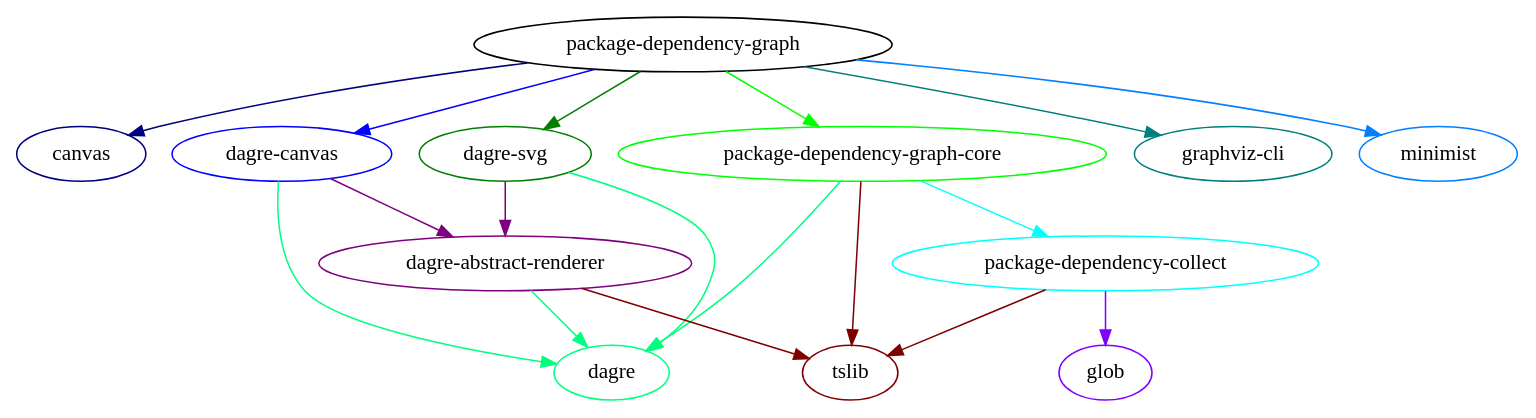
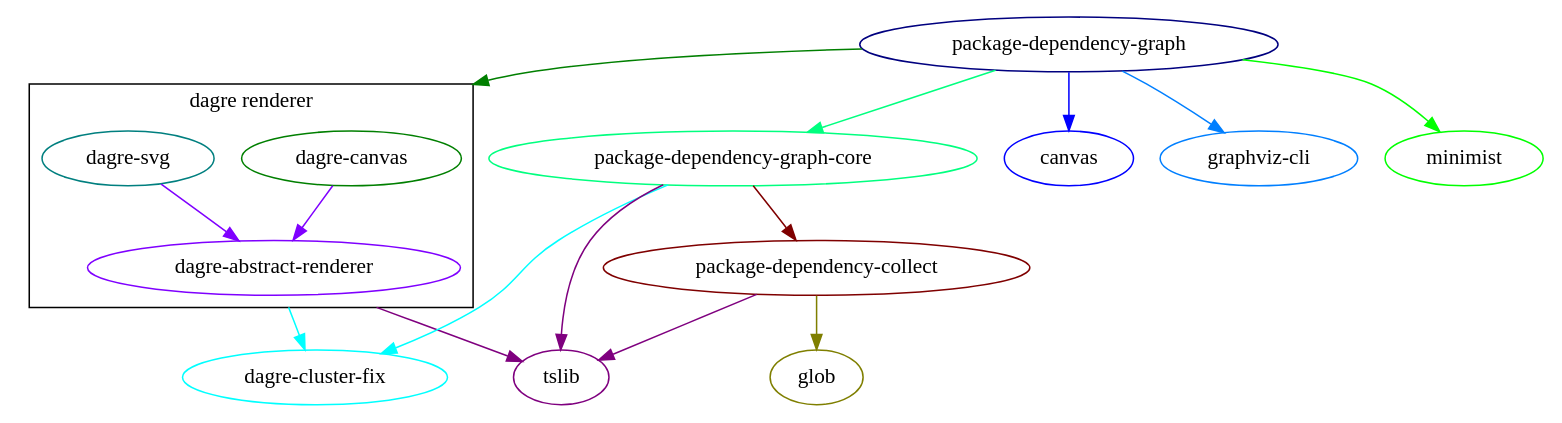
The diagram in spec/result.dot (plantain-00/package-dependency-graph), drawn with Graphviz before and after one commit. The commit also changed 28 other files, not shown here.

```diff
--- a/spec/result.dot
+++ b/spec/result.dot
@@ -1,33 +1,36 @@
 // generated by package-dependency-graph
 digraph {
-  package_dependency_graph -> canvas[color = "#00007f"]
-  package_dependency_graph -> dagre_canvas[color = "#0000ff"]
-  package_dependency_graph -> dagre_svg[color = "#007f00"]
-  package_dependency_graph -> graphviz_cli[color = "#007f7f"]
-  package_dependency_graph -> minimist[color = "#007fff"]
-  package_dependency_graph -> package_dependency_graph_core[color = "#00ff00"]
-  package_dependency_graph_core -> dagre[color = "#00ff7f"]
-  package_dependency_graph_core -> package_dependency_collect[color = "#00ffff"]
-  package_dependency_graph_core -> tslib[color = "#7f0000"]
-  dagre_abstract_renderer -> dagre[color = "#00ff7f"]
-  dagre_abstract_renderer -> tslib[color = "#7f0000"]
-  dagre_canvas -> dagre[color = "#00ff7f"]
-  dagre_canvas -> dagre_abstract_renderer[color = "#7f007f"]
-  dagre_svg -> dagre[color = "#00ff7f"]
-  dagre_svg -> dagre_abstract_renderer[color = "#7f007f"]
-  package_dependency_collect -> glob[color = "#7f00ff"]
-  package_dependency_collect -> tslib[color = "#7f0000"]
+  graph [compound=true];
+  subgraph cluster_dagre_renderer {
+    dagre_abstract_renderer dagre_canvas dagre_svg;
+    label = "dagre renderer";
+    color = "#000000";
+  }
+  package_dependency_graph -> canvas[color = "#0000ff"]
+  package_dependency_graph -> dagre_canvas[color = "#007f00" lhead=cluster_dagre_renderer]
+  package_dependency_graph -> graphviz_cli[color = "#007fff"]
+  package_dependency_graph -> minimist[color = "#00ff00"]
+  package_dependency_graph -> package_dependency_graph_core[color = "#00ff7f"]
+  package_dependency_graph_core -> dagre_cluster_fix[color = "#00ffff"]
+  package_dependency_graph_core -> package_dependency_collect[color = "#7f0000"]
+  package_dependency_graph_core -> tslib[color = "#7f007f"]
+  dagre_abstract_renderer -> dagre_cluster_fix[color = "#00ffff" ltail=cluster_dagre_renderer]
+  dagre_abstract_renderer -> tslib[color = "#7f007f" ltail=cluster_dagre_renderer]
+  dagre_canvas -> dagre_abstract_renderer[color = "#7f00ff"]
+  dagre_svg -> dagre_abstract_renderer[color = "#7f00ff"]
+  package_dependency_collect -> glob[color = "#7f7f00"]
+  package_dependency_collect -> tslib[color = "#7f007f"]
 
-  package_dependency_graph[label = "package-dependency-graph", color = "#000000"]
-  canvas[label = "canvas", color = "#00007f"]
-  dagre_canvas[label = "dagre-canvas", color = "#0000ff"]
-  dagre_svg[label = "dagre-svg", color = "#007f00"]
-  graphviz_cli[label = "graphviz-cli", color = "#007f7f"]
-  minimist[label = "minimist", color = "#007fff"]
-  package_dependency_graph_core[label = "package-dependency-graph-core", color = "#00ff00"]
-  dagre[label = "dagre", color = "#00ff7f"]
-  package_dependency_collect[label = "package-dependency-collect", color = "#00ffff"]
-  tslib[label = "tslib", color = "#7f0000"]
-  dagre_abstract_renderer[label = "dagre-abstract-renderer", color = "#7f007f"]
-  glob[label = "glob", color = "#7f00ff"]
+  package_dependency_graph[label = "package-dependency-graph", color = "#00007f"]
+  canvas[label = "canvas", color = "#0000ff"]
+  dagre_canvas[label = "dagre-canvas", color = "#007f00"]
+  dagre_svg[label = "dagre-svg", color = "#007f7f"]
+  graphviz_cli[label = "graphviz-cli", color = "#007fff"]
+  minimist[label = "minimist", color = "#00ff00"]
+  package_dependency_graph_core[label = "package-dependency-graph-core", color = "#00ff7f"]
+  dagre_cluster_fix[label = "dagre-cluster-fix", color = "#00ffff"]
+  package_dependency_collect[label = "package-dependency-collect", color = "#7f0000"]
+  tslib[label = "tslib", color = "#7f007f"]
+  dagre_abstract_renderer[label = "dagre-abstract-renderer", color = "#7f00ff"]
+  glob[label = "glob", color = "#7f7f00"]
 }
```
